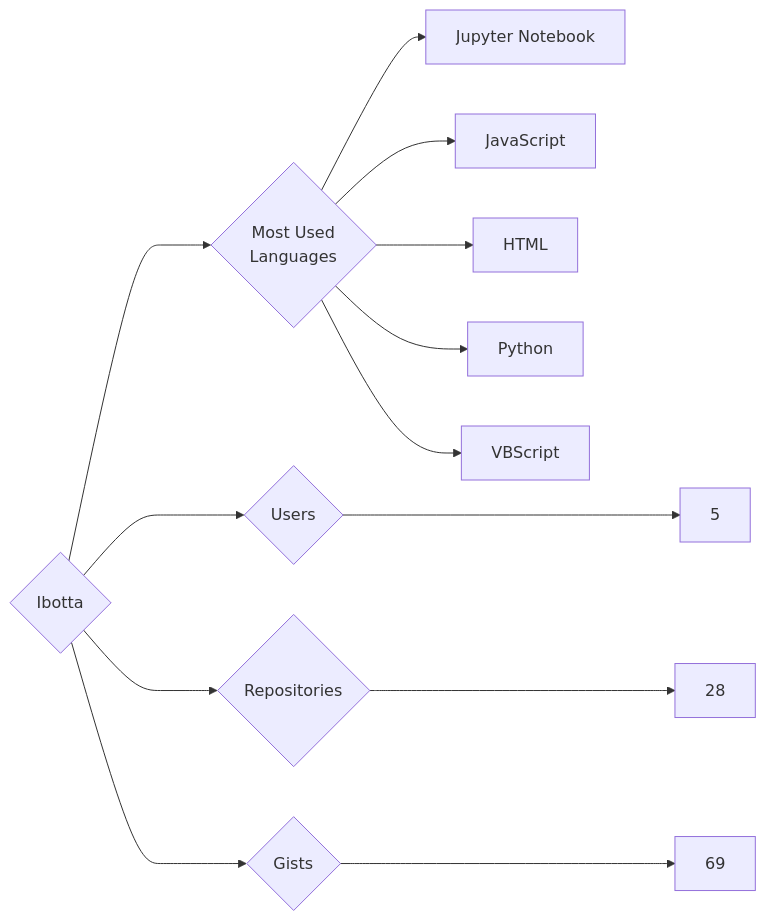
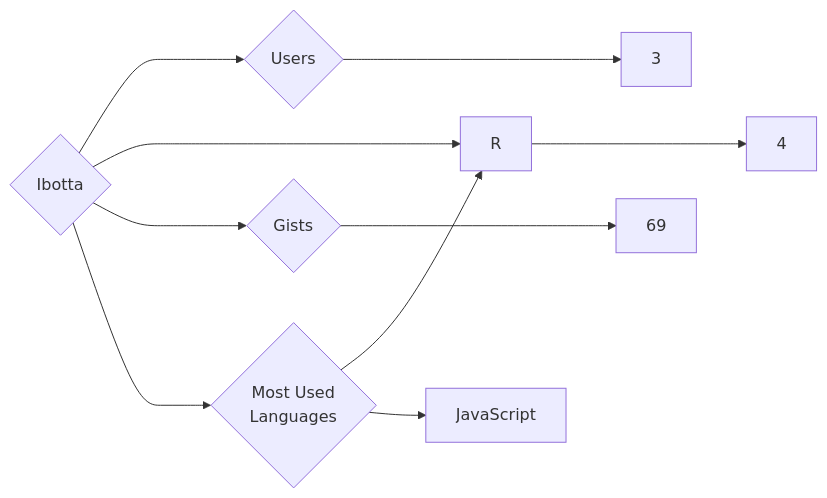
Before and after one commit to trickest/insiders: the diagram in targets/Ibotta/README.md, drawn with Mermaid. The commit also changed 997 other files, not shown here.

````diff
--- a/targets/Ibotta/README.md
+++ b/targets/Ibotta/README.md
@@ -3,13 +3,10 @@
 ```mermaid
 graph LR
 COMPANY_NAME{Ibotta}
-COMPANY_NAME ---> U{Users} ---> UN[5]
-COMPANY_NAME ---> R{Repositories} ---> RN[28]
+COMPANY_NAME ---> U{Users} ---> UN[3]
+COMPANY_NAME ---> R{Repositories} ---> RN[4]
 COMPANY_NAME ---> G{Gists} ---> GN[69]
 COMPANY_NAME ---> ML{Most Used<br>Languages}
-ML --> Jupyter_Notebook[Jupyter Notebook]
+ML --> R[R]
 ML --> JavaScript[JavaScript]
-ML --> HTML[HTML]
-ML --> Python[Python]
-ML --> VBScript[VBScript]
 ```
````
